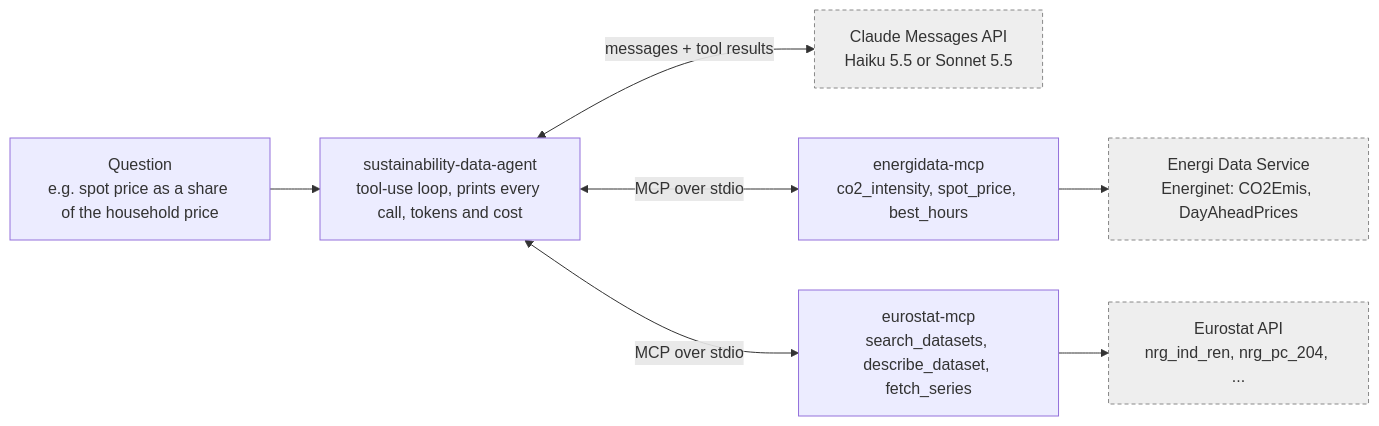
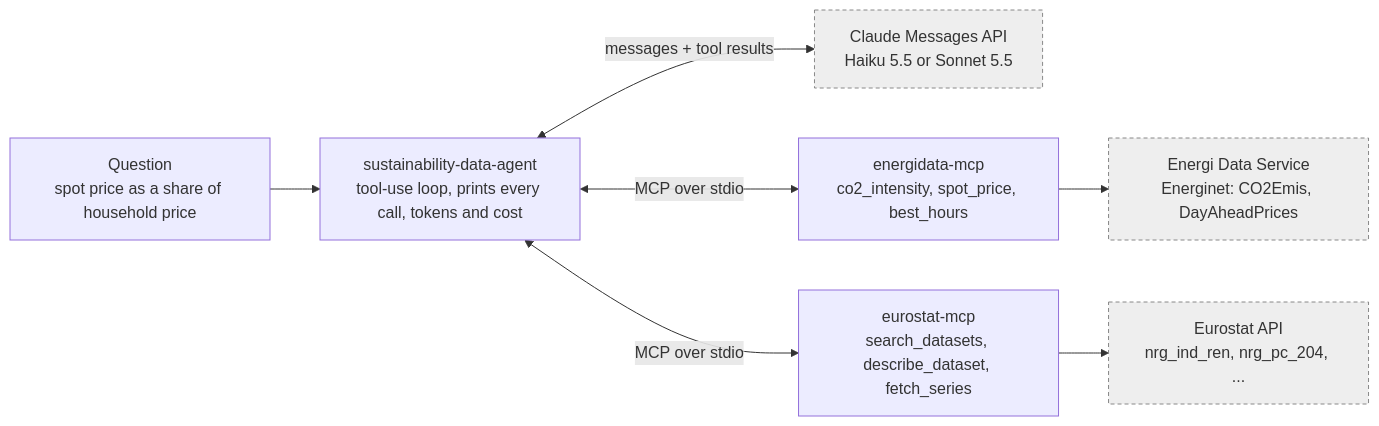
The diagram in README.md (batutho-dot/sustainability-data-agent), drawn with Mermaid before and after one commit. The commit also changed other lines of this file and 2 other files, not shown here.

````diff
--- a/README.md
+++ b/README.md
@@ -25,20 +11,20 @@
 ```mermaid
 flowchart LR
-    q["Question<br/>e.g. spot price as a share of the household price"]
+    q["Question<br/>spot price as a share of household price"]
     agent["sustainability-data-agent<br/>tool-use loop, prints every call, tokens and cost"]
     claude["Claude Messages API<br/>Haiku 5.5 or Sonnet 5.5"]
     e["energidata-mcp<br/>co2_intensity, spot_price, best_hours"]
     s["eurostat-mcp<br/>search_datasets, describe_dataset, fetch_series"]
     eds["Energi Data Service<br/>Energinet: CO2Emis, DayAheadPrices"]
     est["Eurostat API<br/>nrg_ind_ren, nrg_pc_204, ..."]
 
     q --> agent
     agent <-->|"messages + tool results"| claude
     agent <-->|"MCP over stdio"| e
     agent <-->|"MCP over stdio"| s
     e --> eds
     s --> est
 
     classDef outside fill:#eee,stroke:#888,stroke-dasharray: 4 3
     class claude,eds,est outside
 ```
````
